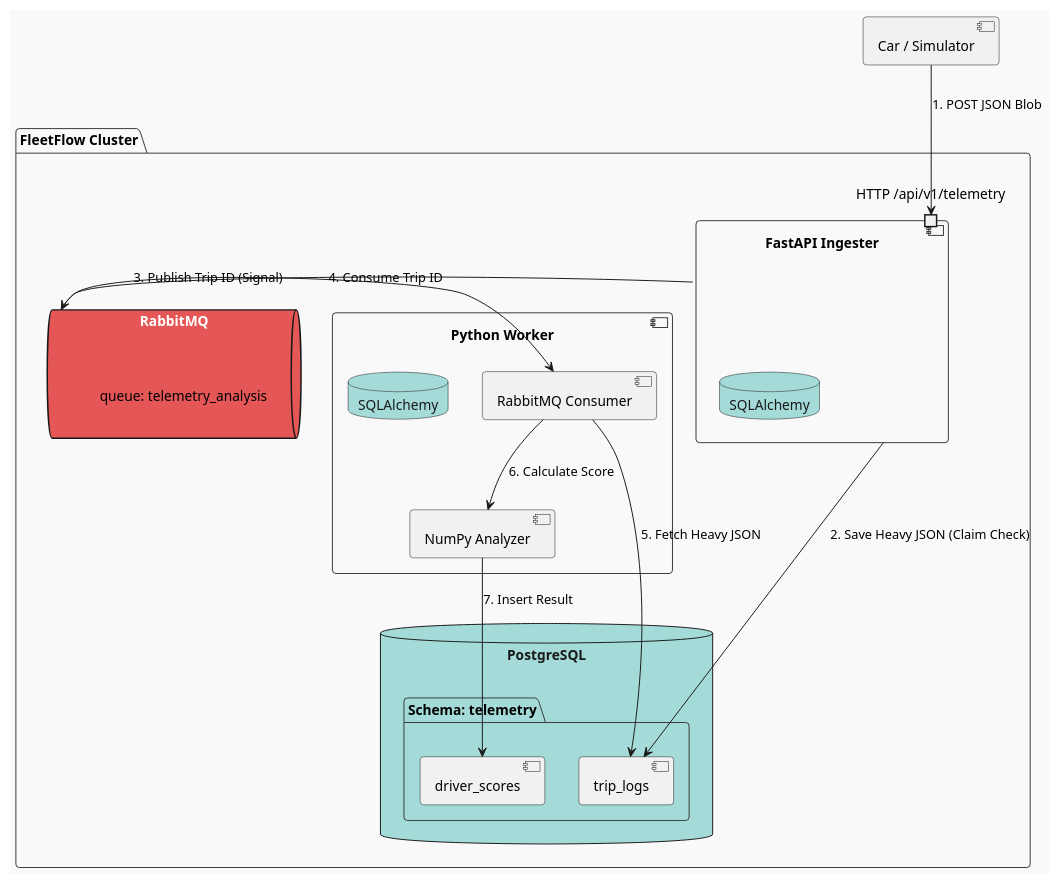
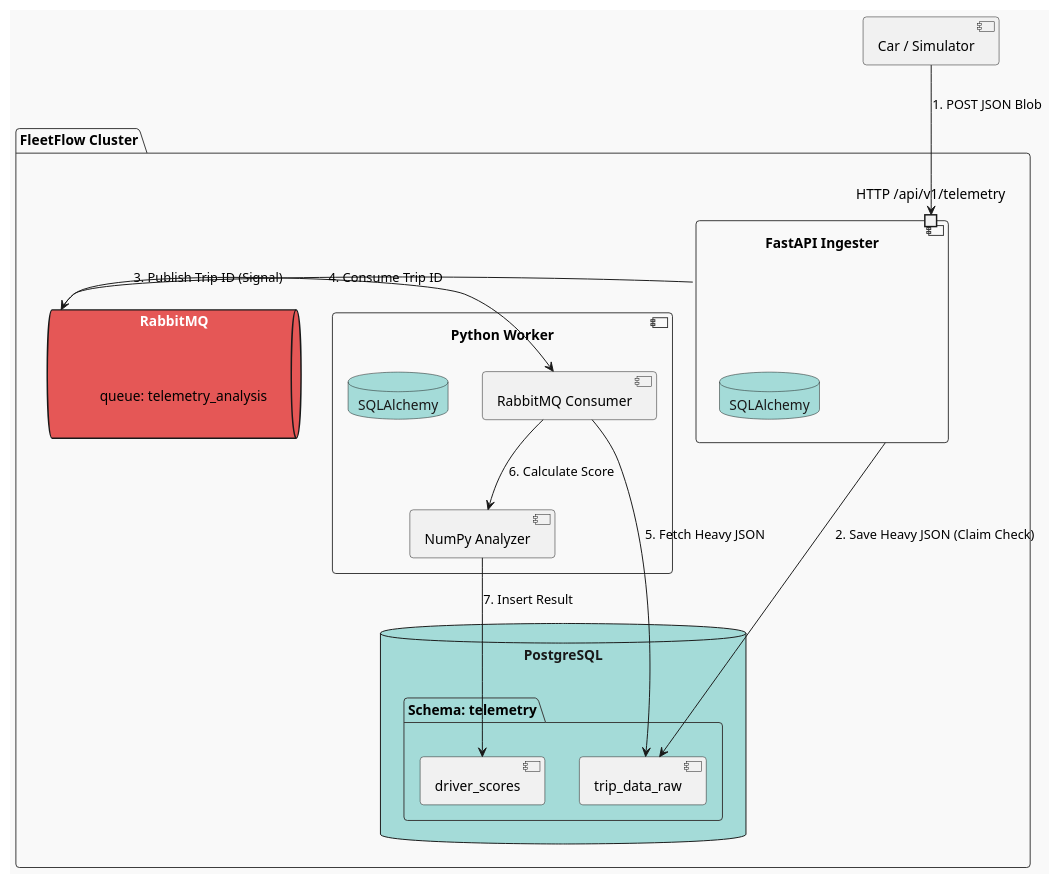
One commit to Project-Be-Better/project-fleetflow changed the diagram in documentation/architecture/telemetry_components.puml. Above: the diagram before and after it, drawn with PlantUML. The commit also changed 5 other files, not shown here.

Commit message:
202531: Update ERD

```diff
--- a/documentation/architecture/telemetry_components.puml
+++ b/documentation/architecture/telemetry_components.puml
@@ -1,43 +1,43 @@
 @startuml
 !theme mars
 
 package "FleetFlow Cluster" {
 
     ' The Ingestion Side
     component "FastAPI Ingester" as api_service {
         port "HTTP /api/v1/telemetry" as ingester
         database "SQLAlchemy" as api_orm
     }
 
     ' The Analysis Side
     component "Python Worker" as worker_service {
         component "RabbitMQ Consumer" as worker
         component "NumPy Analyzer" as math
         database "SQLAlchemy" as worker_orm
     }
 
     ' Middleware
     queue "RabbitMQ" as queue {
         label "queue: telemetry_analysis"
     }
 
     ' Database
     database "PostgreSQL" as db {
         folder "Schema: telemetry" {
-            [trip_logs]
+            [trip_data_raw]
             [driver_scores]
         }
     }
 }
 
 ' Data Flow
 [Car / Simulator] --> ingester : 1. POST JSON Blob
-api_service --> [trip_logs] : 2. Save Heavy JSON (Claim Check)
+api_service --> [trip_data_raw] : 2. Save Heavy JSON (Claim Check)
 api_service -r-> queue : 3. Publish Trip ID (Signal)
 
 queue -r-> worker : 4. Consume Trip ID
-worker --> [trip_logs] : 5. Fetch Heavy JSON
+worker --> [trip_data_raw] : 5. Fetch Heavy JSON
 worker --> math : 6. Calculate Score
 math --> [driver_scores] : 7. Insert Result
 
 @enduml
```
